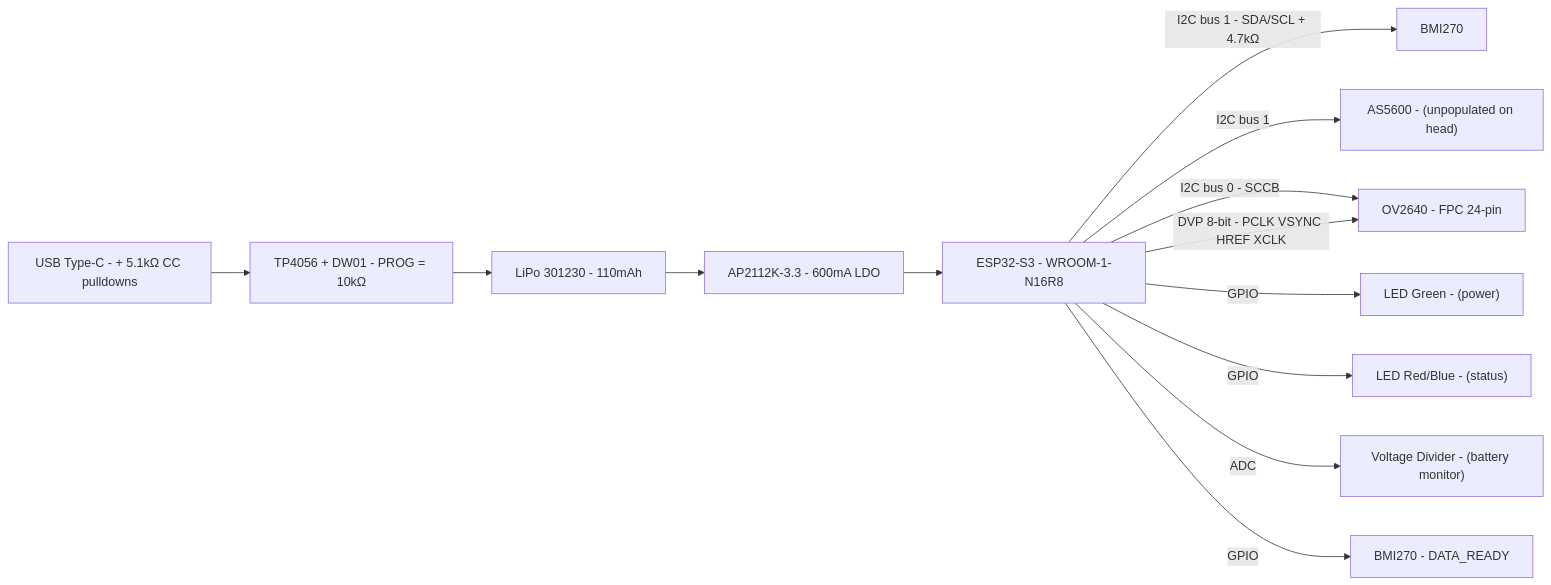
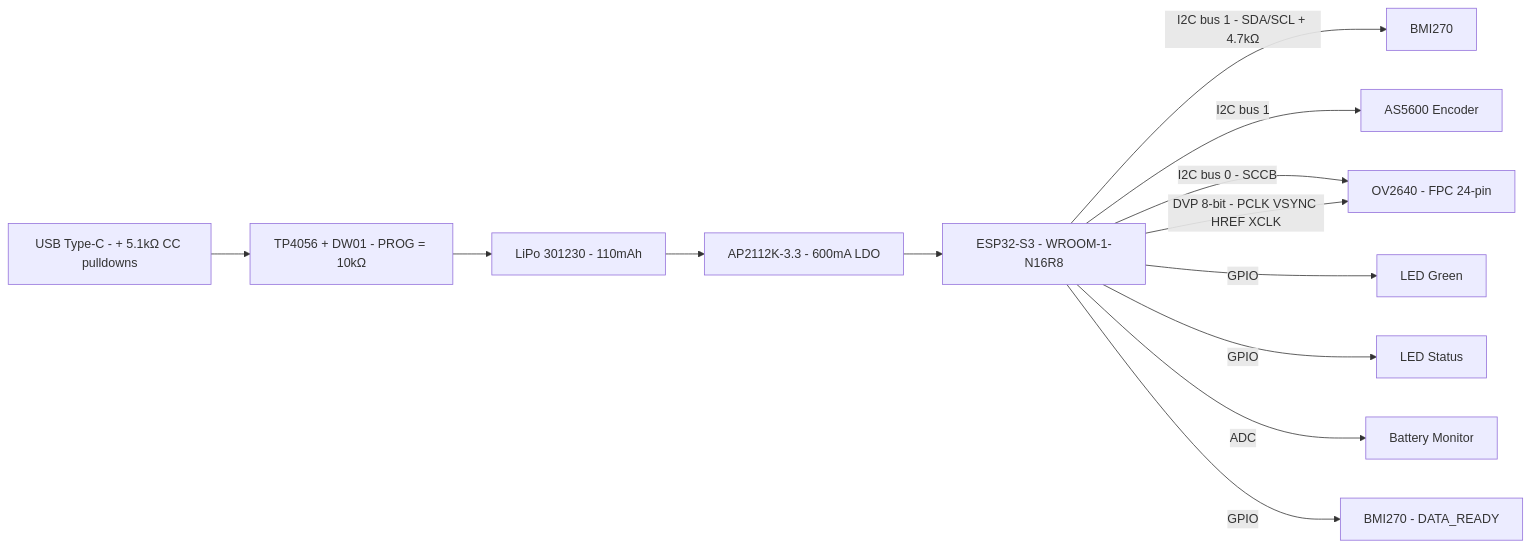
One commit to Auromix/OpenUMI changed the diagram in docs/design/02-pcb-design.md. Above: the diagram before and after it, drawn with Mermaid. The commit also changed 5 other files, not shown here.

First line of the commit message:
Fix Mermaid: remove emoji, parentheses, simplify all labels

````diff
--- a/docs/design/02-pcb-design.md
+++ b/docs/design/02-pcb-design.md
@@ -59,16 +59,16 @@
 ```mermaid
 graph LR
     USB["USB Type-C - + 5.1kΩ CC pulldowns"] --> TP["TP4056 + DW01 - PROG = 10kΩ"]
     TP --> BAT["LiPo 301230 - 110mAh"]
     BAT --> LDO["AP2112K-3.3 - 600mA LDO"]
     LDO --> ESP["ESP32-S3 - WROOM-1-N16R8"]
 
     ESP -- "I2C bus 1 - SDA/SCL + 4.7kΩ" --> IMU["BMI270"]
-    ESP -- "I2C bus 1" --> ENC["AS5600 - (unpopulated on head)"]
+    ESP -- "I2C bus 1" --> ENC["AS5600 Encoder"]
     ESP -- "I2C bus 0 - SCCB" --> CAM["OV2640 - FPC 24-pin"]
     ESP -- "DVP 8-bit - PCLK VSYNC HREF XCLK" --> CAM
-    ESP -- "GPIO" --> LED1["LED Green - (power)"]
-    ESP -- "GPIO" --> LED2["LED Red/Blue - (status)"]
-    ESP -- "ADC" --> VDIV["Voltage Divider - (battery monitor)"]
+    ESP -- "GPIO" --> LED1["LED Green"]
+    ESP -- "GPIO" --> LED2["LED Status"]
+    ESP -- "ADC" --> VDIV["Battery Monitor"]
     ESP -- "GPIO" --> BMI_INT["BMI270 - DATA_READY"]
 ```
````
